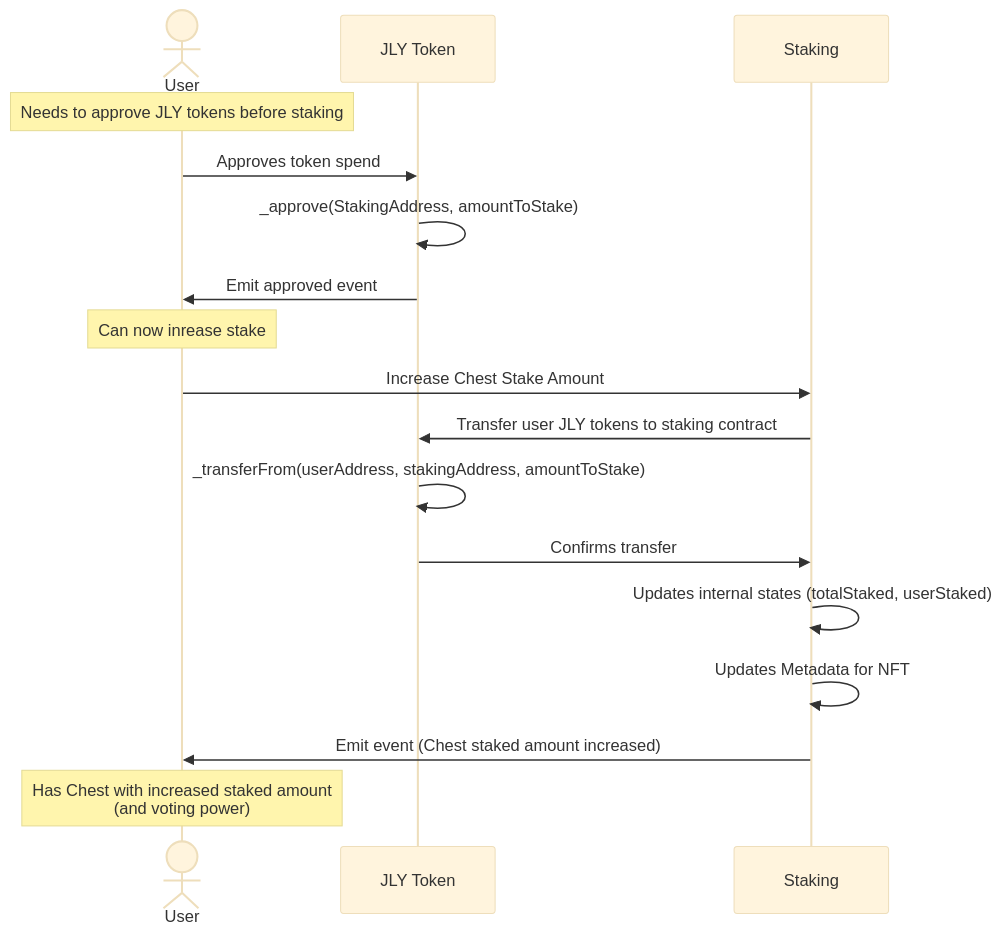
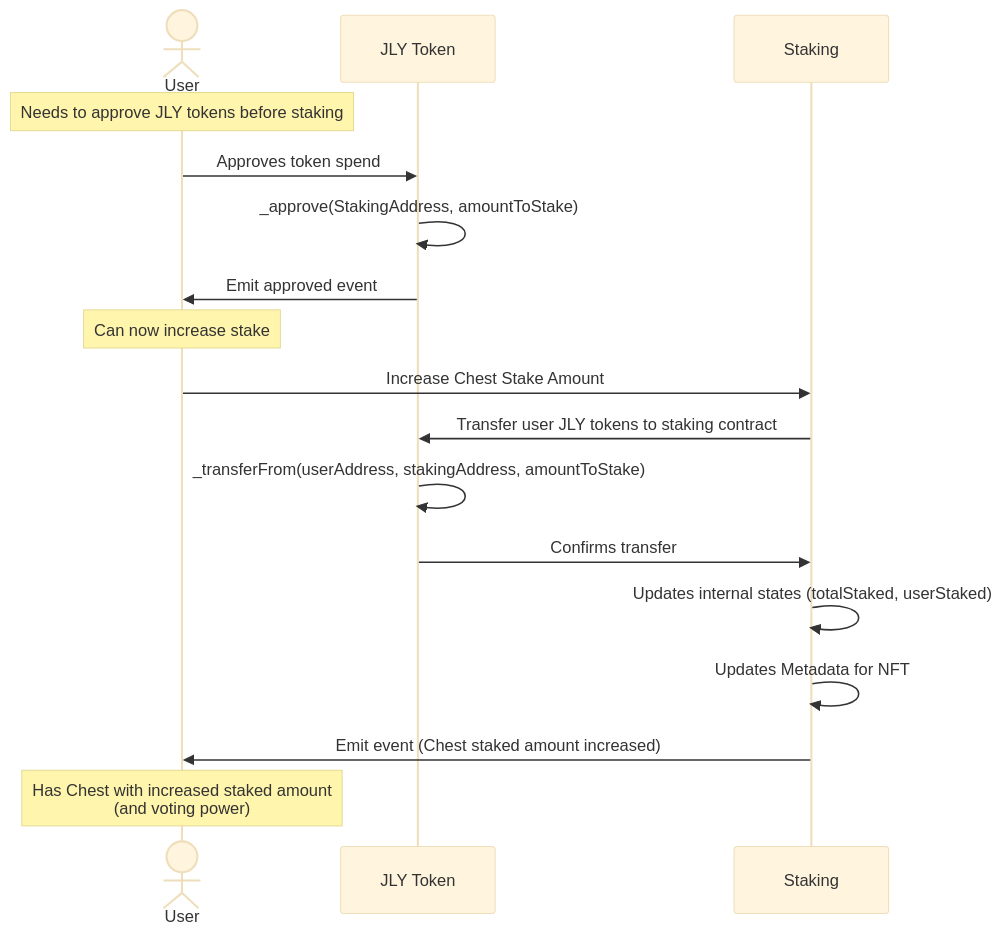
The fifth of 7 diagrams in docs/StakingChestUml.md (omahs/jelly-verse-contracts), drawn with Mermaid (base theme) before and after one commit. The commit also changed other lines of this file, not shown here.

````diff
--- a/docs/StakingChestUml.md
+++ b/docs/StakingChestUml.md
@@ -121,20 +121,20 @@
 ```mermaid
 sequenceDiagram
     actor A as User
     participant B as JLY Token
     participant C as Staking
     Note over A: Needs to approve JLY tokens before staking
     A->>B: Approves token spend
     B->>B: _approve(StakingAddress, amountToStake)
     B->>A: Emit approved event 
-    Note over A: Can now inrease stake
+    Note over A: Can now increase stake
     A->>C: Increase Chest Stake Amount
     C->>B: Transfer user JLY tokens to staking contract
     B->>B: _transferFrom(userAddress, stakingAddress, amountToStake)
     B->>C: Confirms transfer
     C->>C: Updates internal states (totalStaked, userStaked)
     C->>C: Updates Metadata for NFT
     C->>A: Emit event (Chest staked amount increased)
     Note over A: Has Chest with increased staked amount <br/>(and voting power)
 
 ```
````
